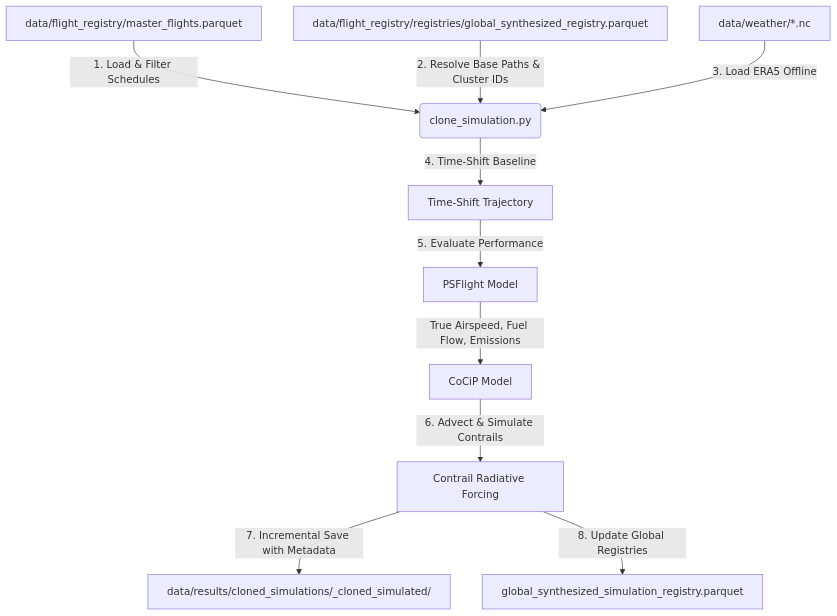
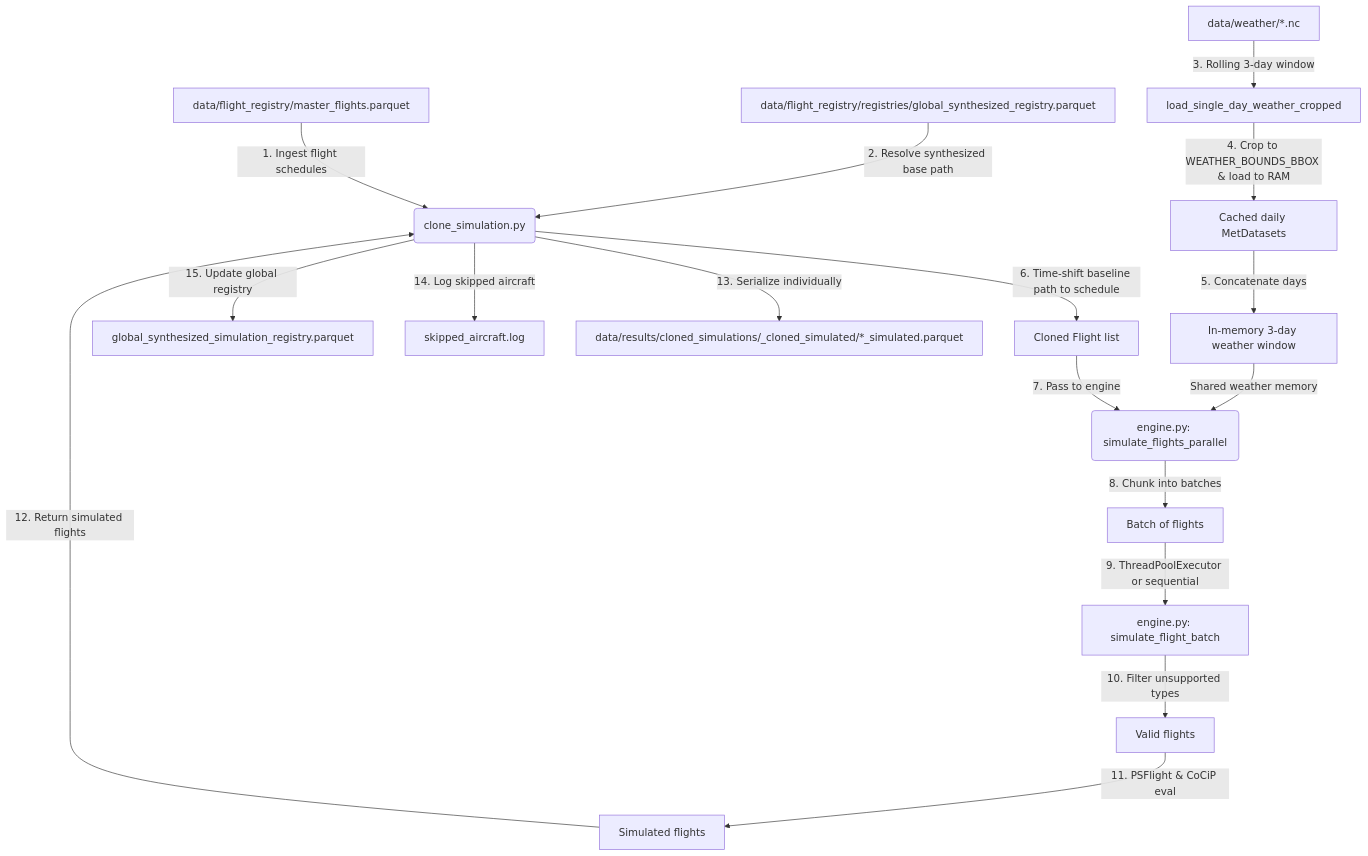
One commit to Bauzement123/flight-physics-pipeline changed the second of 2 diagrams in src/physics/README.md. Above: the diagram before and after it, drawn with Mermaid. The commit also changed other lines of this file and 4 other files, not shown here.

Commit message:
Refactor physics simulation module for vectorized batch execution, thread parallelization, and low-memory support

````diff
--- a/src/physics/README.md
+++ b/src/physics/README.md
@@ -63,14 +93,22 @@
 ```mermaid
 graph TD
-    A[data/flight_registry/master_flights.parquet] -->|1. Load & Filter Schedules| B(clone_simulation.py)
-    C[data/flight_registry/registries/global_synthesized_registry.parquet] -->|2. Resolve Base Paths & Cluster IDs| B
-    D[data/weather/*.nc] -->|3. Load ERA5 Offline| B
+    A[data/flight_registry/master_flights.parquet] -->|1. Ingest flight schedules| B(clone_simulation.py)
+    C[data/flight_registry/registries/global_synthesized_registry.parquet] -->|2. Resolve synthesized base path| B
+    D[data/weather/*.nc] -->|3. Rolling 3-day window| E[load_single_day_weather_cropped]
+    E -->|4. Crop to WEATHER_BOUNDS_BBOX & load to RAM| F[Cached daily MetDatasets]
+    F -->|5. Concatenate days| G[In-memory 3-day weather window]
     
-    B -->|4. Time-Shift Baseline| E[Time-Shift Trajectory]
-    E -->|5. Evaluate Performance| F[PSFlight Model]
-    F -->|True Airspeed, Fuel Flow, Emissions| G[CoCiP Model]
-    G -->|6. Advect & Simulate Contrails| H[Contrail Radiative Forcing]
+    B -->|6. Time-shift baseline path to schedule| H[Cloned Flight list]
+    H -->|7. Pass to engine| I(engine.py: simulate_flights_parallel)
+    G -->|Shared weather memory| I
     
-    H -->|7. Incremental Save with Metadata| I[data/results/cloned_simulations/<route>_cloned_simulated/]
-    H -->|8. Update Global Registries| J[global_synthesized_simulation_registry.parquet]
+    I -->|8. Chunk into batches| J[Batch of flights]
+    J -->|9. ThreadPoolExecutor or sequential| K[engine.py: simulate_flight_batch]
+    K -->|10. Filter unsupported types| L[Valid flights]
+    L -->|11. PSFlight & CoCiP eval| M[Simulated flights]
+    
+    M -->|12. Return simulated flights| B
+    B -->|13. Serialize individually| N[data/results/cloned_simulations/<route>_cloned_simulated/*_simulated.parquet]
+    B -->|14. Log skipped aircraft| O[skipped_aircraft.log]
+    B -->|15. Update global registry| P[global_synthesized_simulation_registry.parquet]
 ```
````
